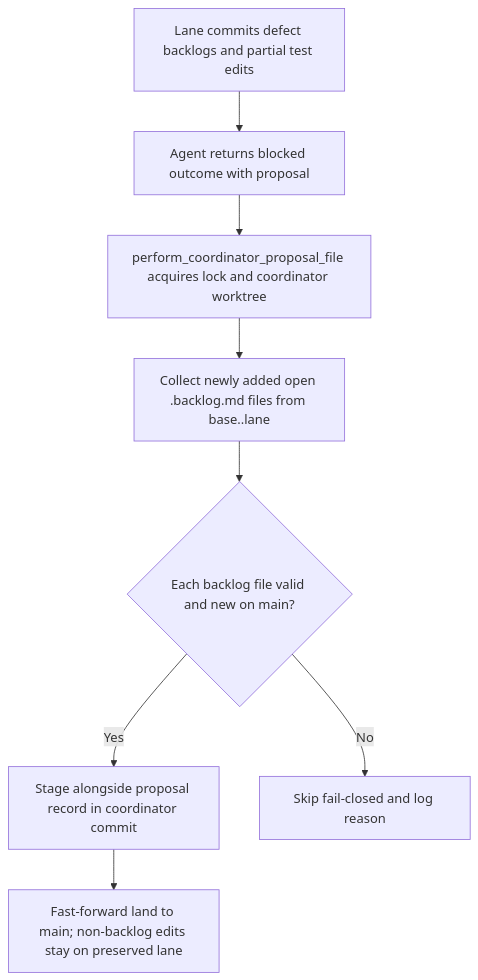
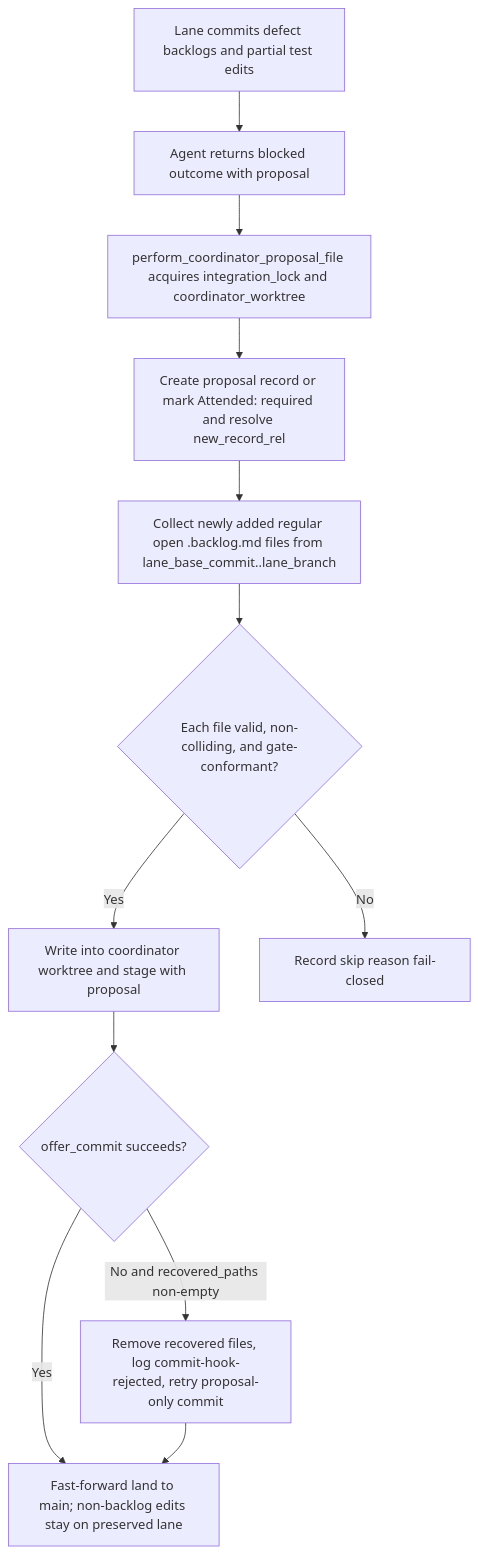
The diagram in .aw/records/plans/pending/20261121-8s4qhh-01-8h1q1k-land-agent-filed-defect-backlog-items-on-main-when-a-lane-st.ipd.md (fariello/agent-workflows), drawn with Mermaid before and after one commit. The commit also changed other lines of this file and 1 other file, not shown here.

````diff
--- a/.aw/records/plans/pending/20261121-8s4qhh-01-8h1q1k-land-agent-filed-defect-backlog-items-on-main-when-a-lane-st.ipd.md
+++ b/.aw/records/plans/pending/20261121-8s4qhh-01-8h1q1k-land-agent-filed-defect-backlog-items-on-main-when-a-lane-st.ipd.md
@@ -78,10 +103,14 @@
 ```mermaid
 flowchart TD
     A[Lane commits defect backlogs and partial test edits] --> B[Agent returns blocked outcome with proposal]
-    B --> C[perform_coordinator_proposal_file acquires lock and coordinator worktree]
-    C --> D[Collect newly added open .backlog.md files from base..lane]
-    D --> E{Each backlog file valid and new on main?}
-    E -->|Yes| F[Stage alongside proposal record in coordinator commit]
-    E -->|No| G[Skip fail-closed and log reason]
-    F --> H[Fast-forward land to main; non-backlog edits stay on preserved lane]
+    B --> C[perform_coordinator_proposal_file acquires integration_lock and coordinator_worktree]
+    C --> D[Create proposal record or mark Attended: required and resolve new_record_rel]
+    D --> E[Collect newly added regular open .backlog.md files from lane_base_commit..lane_branch]
+    E --> F{Each file valid, non-colliding, and gate-conformant?}
+    F -->|Yes| G[Write into coordinator worktree and stage with proposal]
+    F -->|No| H[Record skip reason fail-closed]
+    G --> I{offer_commit succeeds?}
+    I -->|Yes| J[Fast-forward land to main; non-backlog edits stay on preserved lane]
+    I -->|No and recovered_paths non-empty| K[Remove recovered files, log commit-hook-rejected, retry proposal-only commit]
+    K --> J
 ```
````
